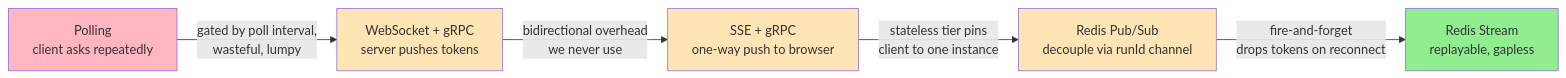
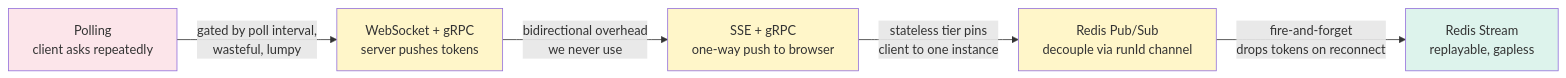
The first of 3 diagrams in LLD/SystemDesign/ProblemBreakdowns/Chatgpt.md (cartmancodes/InterviewVault), drawn with Mermaid before and after one commit. The commit also changed other lines of this file and 679 other files, not shown here.

Commit message:
Unify content diagrams and add accessible visual walkthroughs

````diff
--- a/LLD/SystemDesign/ProblemBreakdowns/Chatgpt.md
+++ b/LLD/SystemDesign/ProblemBreakdowns/Chatgpt.md
@@ -234,13 +234,13 @@
 ```mermaid
 graph LR
     P["Polling<br/>client asks repeatedly"] -->|"gated by poll interval,<br/>wasteful, lumpy"| WS["WebSocket + gRPC<br/>server pushes tokens"]
     WS -->|"bidirectional overhead<br/>we never use"| SSE["SSE + gRPC<br/>one-way push to browser"]
     SSE -->|"stateless tier pins<br/>client to one instance"| PS["Redis Pub/Sub<br/>decouple via runId channel"]
     PS -->|"fire-and-forget<br/>drops tokens on reconnect"| RS["Redis Stream<br/>replayable, gapless"]
 
-    style P fill:#FFB6C1
-    style WS fill:#FFE4B5
-    style SSE fill:#FFE4B5
-    style PS fill:#FFE4B5
-    style RS fill:#90EE90
+    style P fill:#FCE5EA
+    style WS fill:#FFF6C9
+    style SSE fill:#FFF6C9
+    style PS fill:#FFF6C9
+    style RS fill:#DDF3EC
 ```
````
